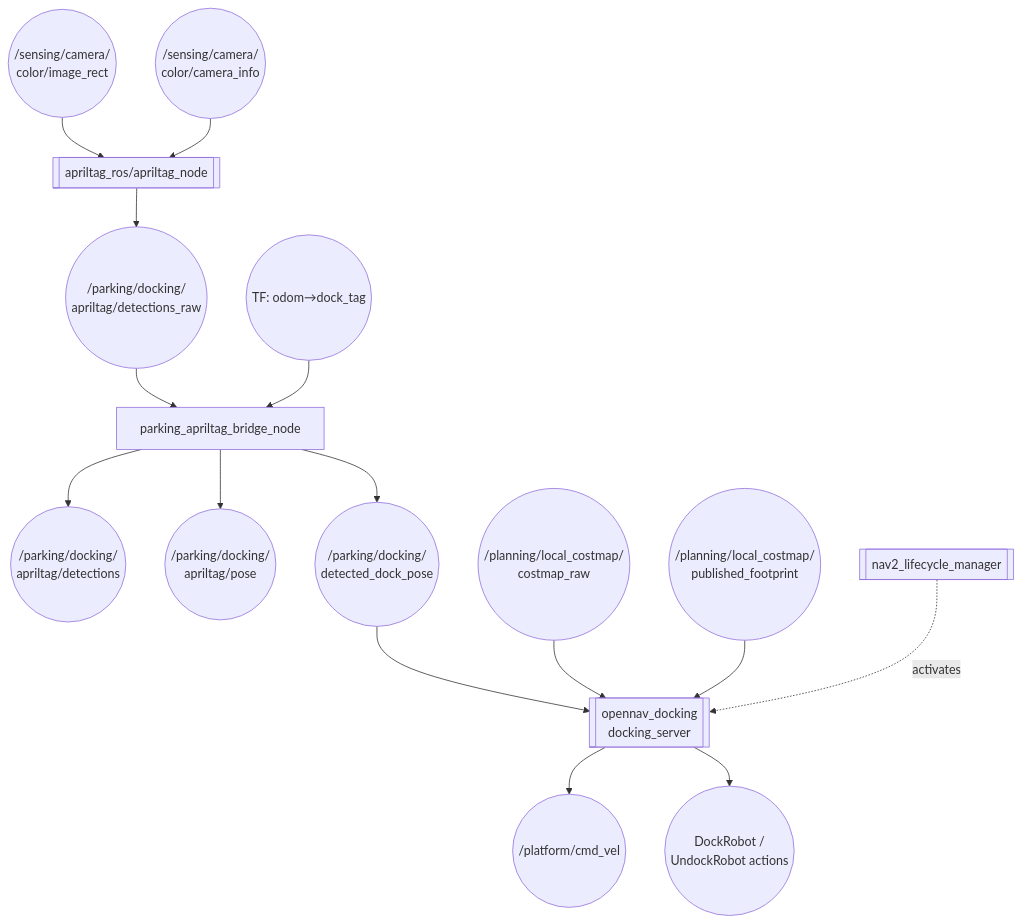
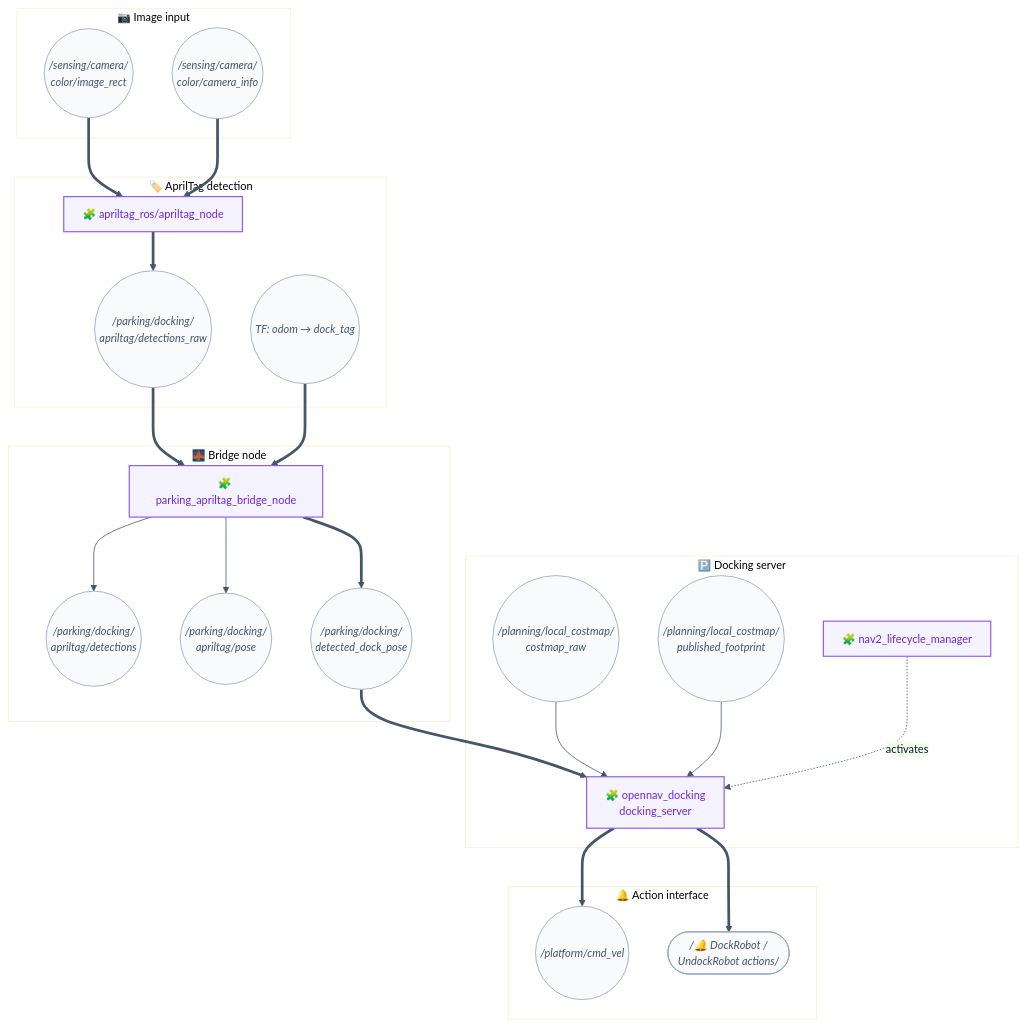
The second of 4 diagrams in camrod_parking/README.md (hwanhonglee/CAMROD), drawn with Mermaid before and after one commit. The commit also changed other lines of this file and 12 other files, not shown here.

````diff
--- a/camrod_parking/README.md
+++ b/camrod_parking/README.md
@@ -63,19 +70,58 @@
 ```mermaid
+%%{init: {'theme': 'base', 'themeVariables': {'fontFamily': 'ui-sans-serif, system-ui, sans-serif', 'fontSize': '14px', 'primaryColor': '#EEF2FF', 'primaryTextColor': '#0F172A', 'primaryBorderColor': '#6366F1', 'lineColor': '#475569'}, 'flowchart': {'curve': 'basis', 'htmlLabels': true, 'padding': 12}}}%%
 graph TD
-  IMG((  /sensing/camera/\ncolor/image_rect  )) --> TAG[[apriltag_ros/apriltag_node]]
-  CAMINFO(( /sensing/camera/\ncolor/camera_info )) --> TAG
-  TAG --> RAW(( /parking/docking/\napriltag/detections_raw ))
+  subgraph IMG_GRP["📷 Image input"]
+    IMG(("/sensing/camera/\ncolor/image_rect"))
+    CAMINFO(("/sensing/camera/\ncolor/camera_info"))
+  end
 
-  RAW --> BRIDGE[parking_apriltag_bridge_node]
-  TF(( TF: odom→dock_tag )) --> BRIDGE
-  BRIDGE --> DET(( /parking/docking/\napriltag/detections ))
-  BRIDGE --> AVGPOSE(( /parking/docking/\napriltag/pose ))
-  BRIDGE --> DOCKPOSE(( /parking/docking/\ndetected_dock_pose ))
+  subgraph TAG_GRP["🏷️ AprilTag detection"]
+    TAG[🧩 apriltag_ros/apriltag_node]
+    RAW(("/parking/docking/\napriltag/detections_raw"))
+    TF(("TF: odom → dock_tag"))
+  end
 
-  DOCKPOSE --> DOCKSVR[[opennav_docking\ndocking_server]]
-  COSTMAP(( /planning/local_costmap/\ncostmap_raw )) --> DOCKSVR
-  FOOTPRINT(( /planning/local_costmap/\npublished_footprint )) --> DOCKSVR
-  LMAN[[nav2_lifecycle_manager]] -.->|activates| DOCKSVR
-  DOCKSVR --> CMDVEL(( /platform/cmd_vel ))
-  DOCKSVR --> ACT(( DockRobot /\nUndockRobot actions ))
+  subgraph BRIDGE_GRP["🌉 Bridge node"]
+    BRIDGE[🧩 parking_apriltag_bridge_node]
+    DET(("/parking/docking/\napriltag/detections"))
+    AVGPOSE(("/parking/docking/\napriltag/pose"))
+    DOCKPOSE(("/parking/docking/\ndetected_dock_pose"))
+  end
+
+  subgraph SVR_GRP["🅿️ Docking server"]
+    DOCKSVR[🧩 opennav_docking\ndocking_server]
+    COSTMAP(("/planning/local_costmap/\ncostmap_raw"))
+    FOOTPRINT(("/planning/local_costmap/\npublished_footprint"))
+    LMAN[🧩 nav2_lifecycle_manager]
+  end
+
+  subgraph ACT_GRP["🔔 Action interface"]
+    CMDVEL(("/platform/cmd_vel"))
+    ACT(["/🔔 DockRobot /\nUndockRobot actions/"])
+  end
+
+  IMG ==> TAG
+  CAMINFO ==> TAG
+  TAG ==> RAW
+  RAW ==> BRIDGE
+  TF ==> BRIDGE
+  BRIDGE --> DET
+  BRIDGE --> AVGPOSE
+  BRIDGE ==> DOCKPOSE
+  DOCKPOSE ==> DOCKSVR
+  COSTMAP --> DOCKSVR
+  FOOTPRINT --> DOCKSVR
+  LMAN -.->|activates| DOCKSVR
+  DOCKSVR ==> CMDVEL
+  DOCKSVR ==> ACT
+
+  classDef sensing      fill:#ECFEFF,stroke:#06B6D4,stroke-width:1.5px,color:#0E7490;
+  classDef parking      fill:#F5F3FF,stroke:#8B5CF6,stroke-width:1.5px,color:#6D28D9;
+  classDef planning     fill:#EEF2FF,stroke:#6366F1,stroke-width:1.5px,color:#4338CA;
+  classDef platform     fill:#FEE2E2,stroke:#EF4444,stroke-width:1.5px,color:#B91C1C;
+  classDef topic        fill:#F8FAFC,stroke:#94A3B8,stroke-width:1px,color:#475569,font-style:italic;
+  classDef highlight    fill:#FEF9C3,stroke:#CA8A04,stroke-width:2.5px,color:#713F12;
+
+  class TAG,BRIDGE,DOCKSVR,LMAN parking
+  class IMG,CAMINFO,RAW,TF,DET,AVGPOSE,DOCKPOSE,COSTMAP,FOOTPRINT,CMDVEL,ACT topic
 ```
````
